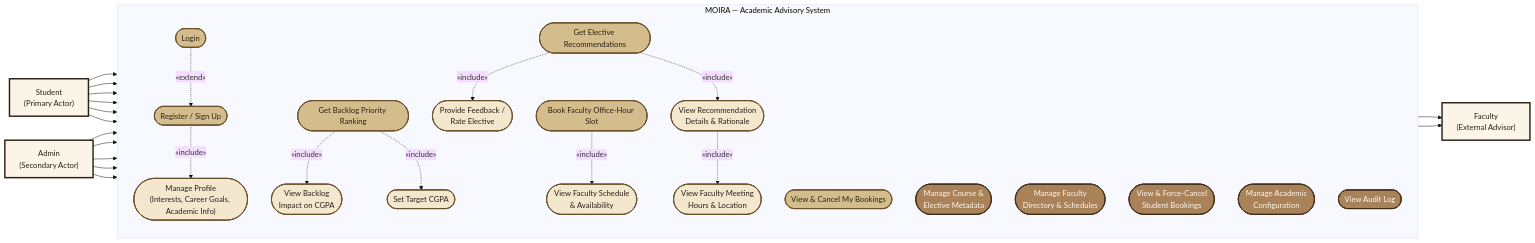
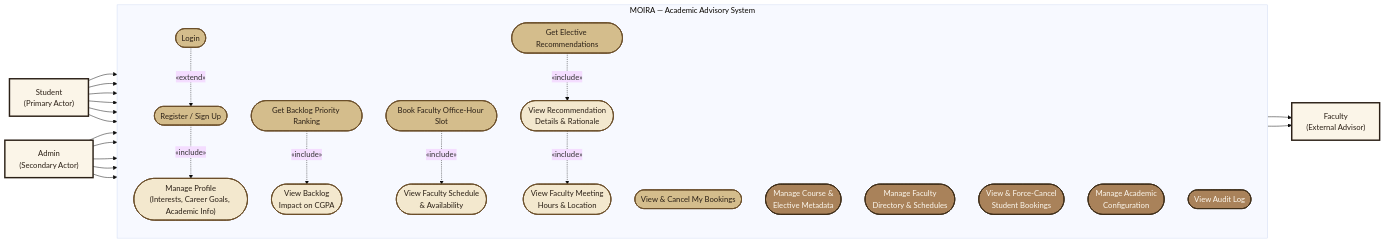
Before and after one commit to siyamlk/moira_ucs503: the diagram in docs/diagrams/use-case-diagram.mmd, drawn with Mermaid (base theme). The commit also changed 1 other file, not shown here.

Commit message:
update documentation and use-case-diagram

```diff
--- a/docs/diagrams/use-case-diagram.mmd
+++ b/docs/diagrams/use-case-diagram.mmd
@@ -1,64 +1,60 @@
 flowchart LR
     Student["Student<br/>(Primary Actor)"]
     Faculty["Faculty<br/>(External Advisor)"]
     Admin["Admin<br/>(Secondary Actor)"]
 
     subgraph MOIRA["MOIRA — Academic Advisory System"]
         direction TB
 
         UC1(["Register / Sign Up"])
         UC2(["Login"])
         UC3(["Get Elective Recommendations"])
         UC4(["Get Backlog Priority Ranking"])
         UC5(["Book Faculty Office-Hour Slot"])
         UC6(["View & Cancel My Bookings"])
 
         UC7(["Manage Profile<br/>(Interests, Career Goals, Academic Info)"])
         UC8(["View Recommendation<br/>Details & Rationale"])
-        UC9(["Provide Feedback /<br/>Rate Elective"])
-        UC10(["View Backlog<br/>Impact on CGPA"])
-        UC11(["Set Target CGPA"])
-        UC12(["View Faculty Schedule<br/>& Availability"])
-        UC13(["View Faculty Meeting<br/>Hours & Location"])
+        UC9(["View Backlog<br/>Impact on CGPA"])
+        UC10(["View Faculty Schedule<br/>& Availability"])
+        UC11(["View Faculty Meeting<br/>Hours & Location"])
 
-        UC14(["Manage Course &<br/>Elective Metadata"])
-        UC15(["Manage Faculty<br/>Directory & Schedules"])
-        UC16(["View & Force-Cancel<br/>Student Bookings"])
-        UC17(["Manage Academic<br/>Configuration"])
-        UC18(["View Audit Log"])
+        UC12(["Manage Course &<br/>Elective Metadata"])
+        UC13(["Manage Faculty<br/>Directory & Schedules"])
+        UC14(["View & Force-Cancel<br/>Student Bookings"])
+        UC15(["Manage Academic<br/>Configuration"])
+        UC16(["View Audit Log"])
     end
 
     Student --> UC1
     Student --> UC2
     Student --> UC3
     Student --> UC4
     Student --> UC5
     Student --> UC6
 
     UC2 -.->|"«extend»"| UC1
     UC1 -.->|"«include»"| UC7
     UC3 -.->|"«include»"| UC8
-    UC3 -.->|"«include»"| UC9
-    UC4 -.->|"«include»"| UC10
-    UC4 -.->|"«include»"| UC11
-    UC5 -.->|"«include»"| UC12
-    UC8 -.->|"«include»"| UC13
+    UC4 -.->|"«include»"| UC9
+    UC5 -.->|"«include»"| UC10
+    UC8 -.->|"«include»"| UC11
 
-    UC12 --> Faculty
-    UC13 --> Faculty
+    UC10 --> Faculty
+    UC11 --> Faculty
 
+    Admin --> UC12
+    Admin --> UC13
     Admin --> UC14
     Admin --> UC15
     Admin --> UC16
-    Admin --> UC17
-    Admin --> UC18
 
     classDef core fill:#d4bd8c,stroke:#6b4f2a,stroke-width:2px,color:#2b2016
     classDef included fill:#f3e8ce,stroke:#6b4f2a,stroke-width:2px,color:#2b2016
     classDef adminUC fill:#a9825a,stroke:#3d2c17,stroke-width:2px,color:#fdf8ee
     classDef actor fill:#fbf5e8,stroke:#2b2016,stroke-width:3px,color:#2b2016
 
     class UC1,UC2,UC3,UC4,UC5,UC6 core
-    class UC7,UC8,UC9,UC10,UC11,UC12,UC13 included
-    class UC14,UC15,UC16,UC17,UC18 adminUC
+    class UC7,UC8,UC9,UC10,UC11 included
+    class UC12,UC13,UC14,UC15,UC16 adminUC
     class Student,Faculty,Admin actor
```
